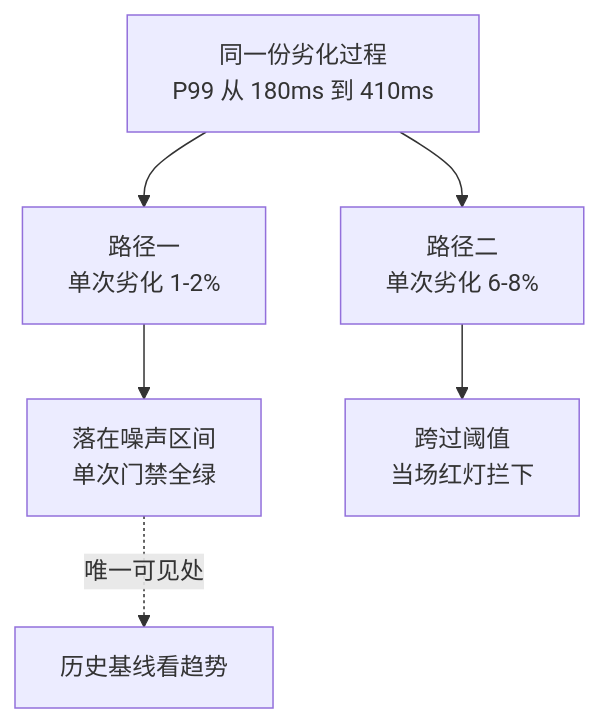
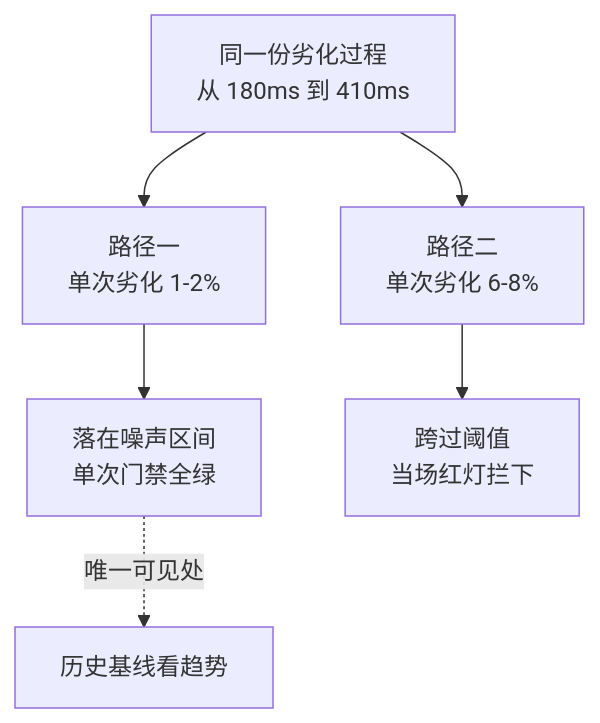
The third of 3 diagrams in vault/工程知识/性能工程：从用户等待到资源瓶颈/观测与诊断/性能回归门禁：把性能预算写进CI.md (hub138/technical-knowledge), drawn with Mermaid before and after one commit. The commit also changed other lines of this file and 622 other files, not shown here.

````diff
--- a/vault/工程知识/性能工程：从用户等待到资源瓶颈/观测与诊断/性能回归门禁：把性能预算写进CI.md
+++ b/vault/工程知识/性能工程：从用户等待到资源瓶颈/观测与诊断/性能回归门禁：把性能预算写进CI.md
@@ -67,8 +95,8 @@
 ```mermaid
 flowchart TB
-    R["同一份劣化过程<br/>P99 从 180ms 到 410ms"] --> P1["路径一<br/>单次劣化 1-2%"]
+    R["同一份劣化过程<br/> 从 180ms 到 410ms"] --> P1["路径一<br/>单次劣化 1-2%"]
     R --> P2["路径二<br/>单次劣化 6-8%"]
     P1 --> Z1["落在噪声区间<br/>单次门禁全绿"]
     P2 --> Z2["跨过阈值<br/>当场红灯拦下"]
     Z1 -.->|"唯一可见处"| T["历史基线看趋势"]
 ```
````
